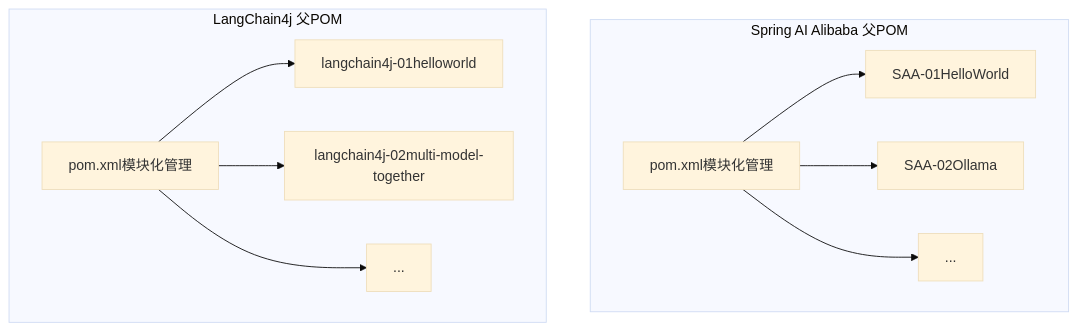
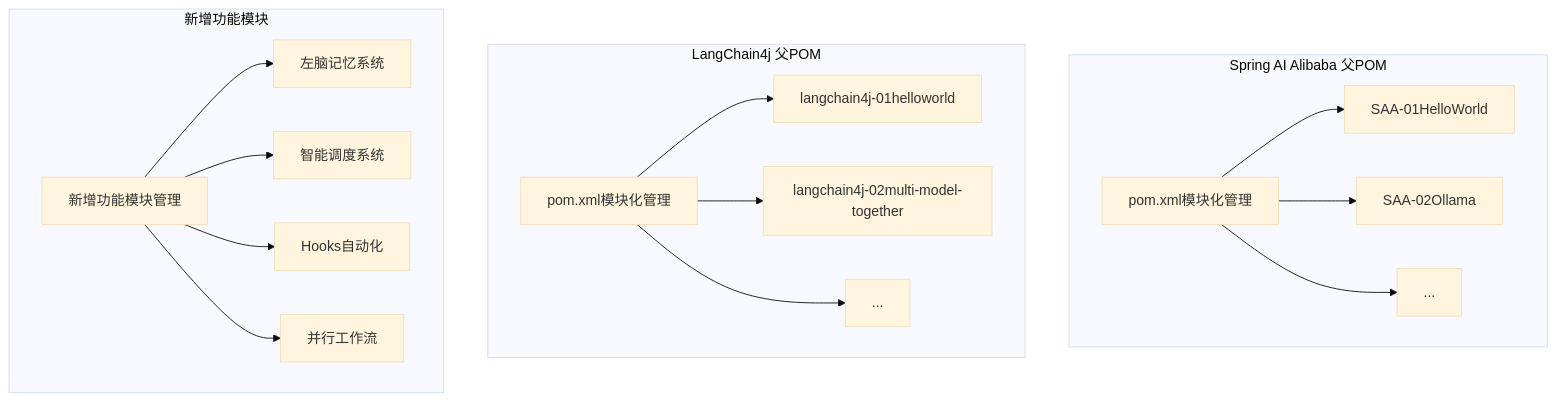
Before and after one commit to H2546285967/AiCode: diagram 11 of 11 in .qoder/repowiki/zh/content/项目概览/项目概览.md, drawn with Mermaid (base theme). The commit also changed other lines of this file and 108 other files, not shown here.

````diff
--- a/.qoder/repowiki/zh/content/项目概览/项目概览.md
+++ b/.qoder/repowiki/zh/content/项目概览/项目概览.md
@@ -199,15 +395,22 @@
 ```mermaid
 graph TB
 subgraph "Spring AI Alibaba 父POM"
 SAPOM["pom.xml模块化管理"]
 SAPOM --> MOD1["SAA-01HelloWorld"]
 SAPOM --> MOD2["SAA-02Ollama"]
 SAPOM --> MODN["..."]
 end
 subgraph "LangChain4j 父POM"
 LCPOM["pom.xml模块化管理"]
 LCPOM --> LMOD1["langchain4j-01helloworld"]
 LCPOM --> LMOD2["langchain4j-02multi-model-together"]
 LCPOM --> LMN["..."]
 end
+subgraph "新增功能模块"
+NFM["新增功能模块管理"]
+NFM --> NFM1["左脑记忆系统"]
+NFM --> NFM2["智能调度系统"]
+NFM --> NFM3["Hooks自动化"]
+NFM --> NFM4["并行工作流"]
+end
 ```
````
